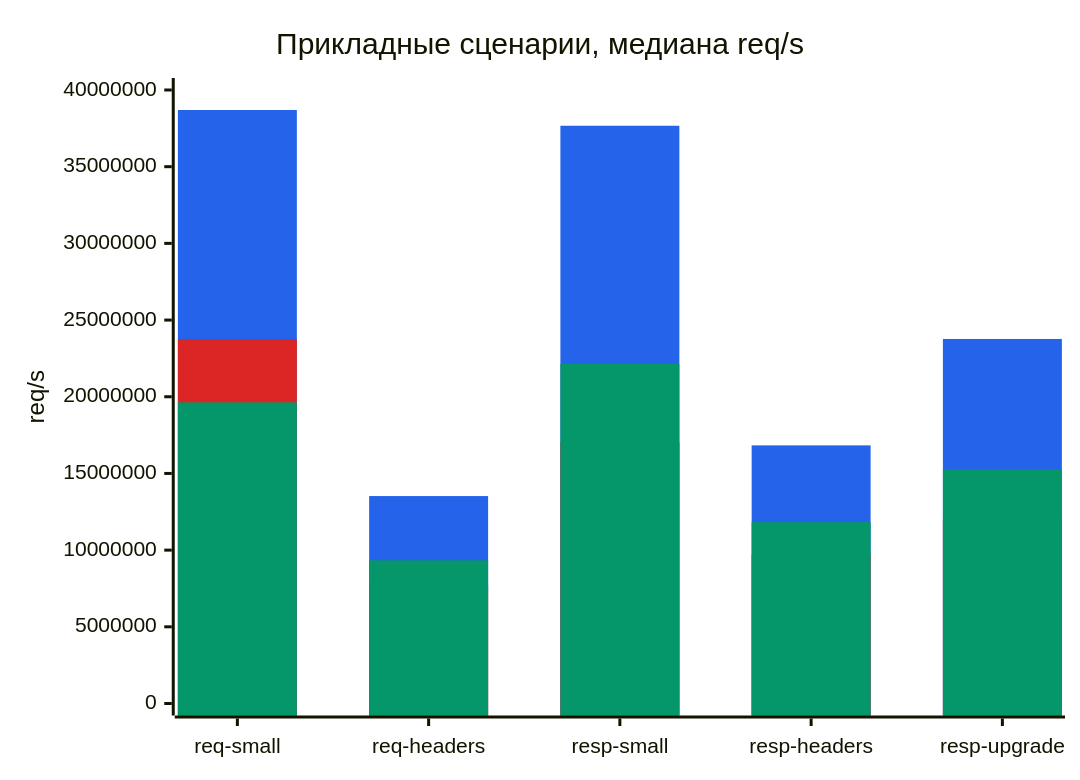
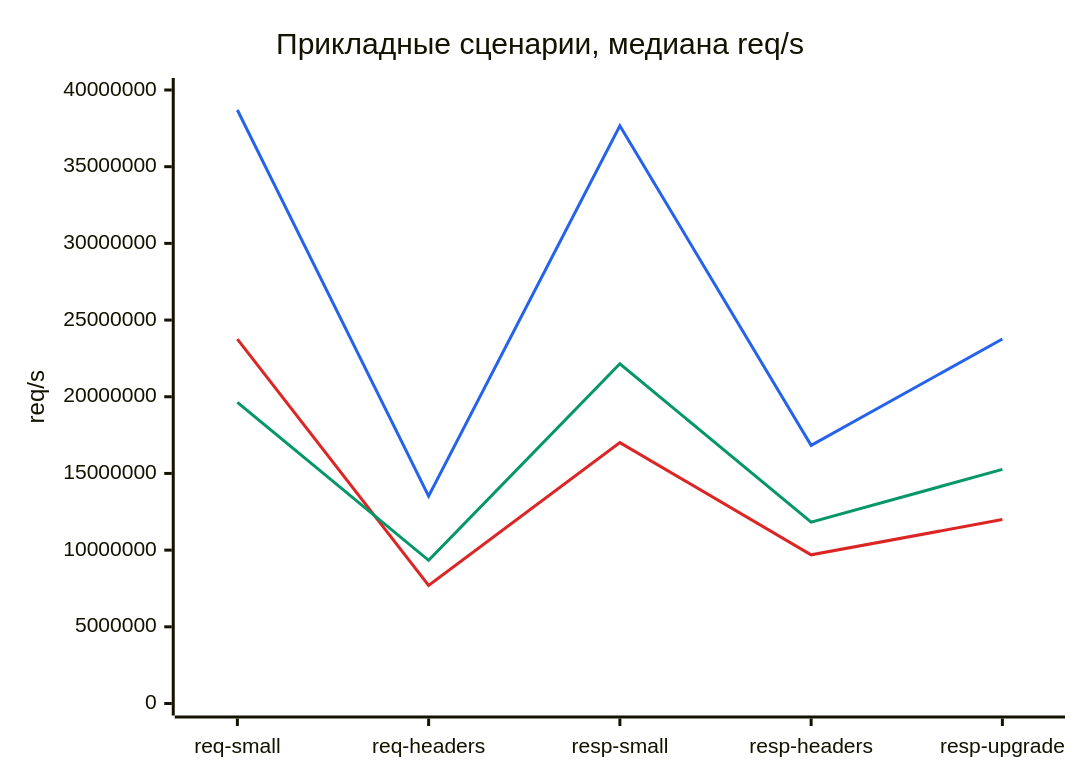
Before and after one commit to ioplane/iohttpparser: the diagram in docs/ru/09-test-results.md, drawn with Mermaid. The commit also changed other lines of this file and 1 other file, not shown here.

Commit message:
docs: switch common comparison charts to lines

````diff
--- a/docs/ru/09-test-results.md
+++ b/docs/ru/09-test-results.md
@@ -118,15 +118,15 @@
 ```mermaid
 ---
 config:
   themeVariables:
     xyChart:
       plotColorPalette: "#2563eb,#dc2626,#059669"
 ---
 xychart-beta
     title "Прикладные сценарии, медиана req/s"
     x-axis ["req-small", "req-headers", "resp-small", "resp-headers", "resp-upgrade"]
     y-axis "req/s" 0 --> 40000000
-    bar [38695677.07, 13525043.61, 37669387.46, 16830116.55, 23766424.53]
-    bar [23759749.96, 7702701.60, 17006629.18, 9694390.17, 11994313.02]
-    bar [19635405.86, 9334685.68, 22148835.75, 11824577.19, 15261886.34]
+    line [38695677.07, 13525043.61, 37669387.46, 16830116.55, 23766424.53]
+    line [23759749.96, 7702701.60, 17006629.18, 9694390.17, 11994313.02]
+    line [19635405.86, 9334685.68, 22148835.75, 11824577.19, 15261886.34]
 ```
````
